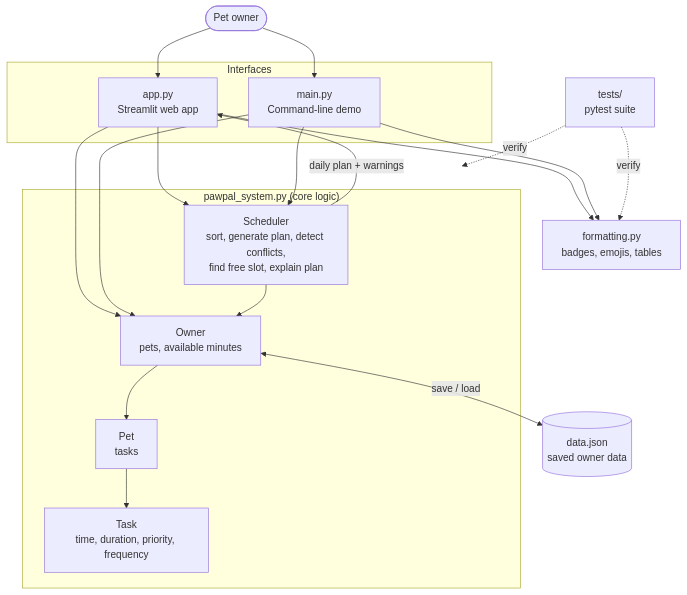
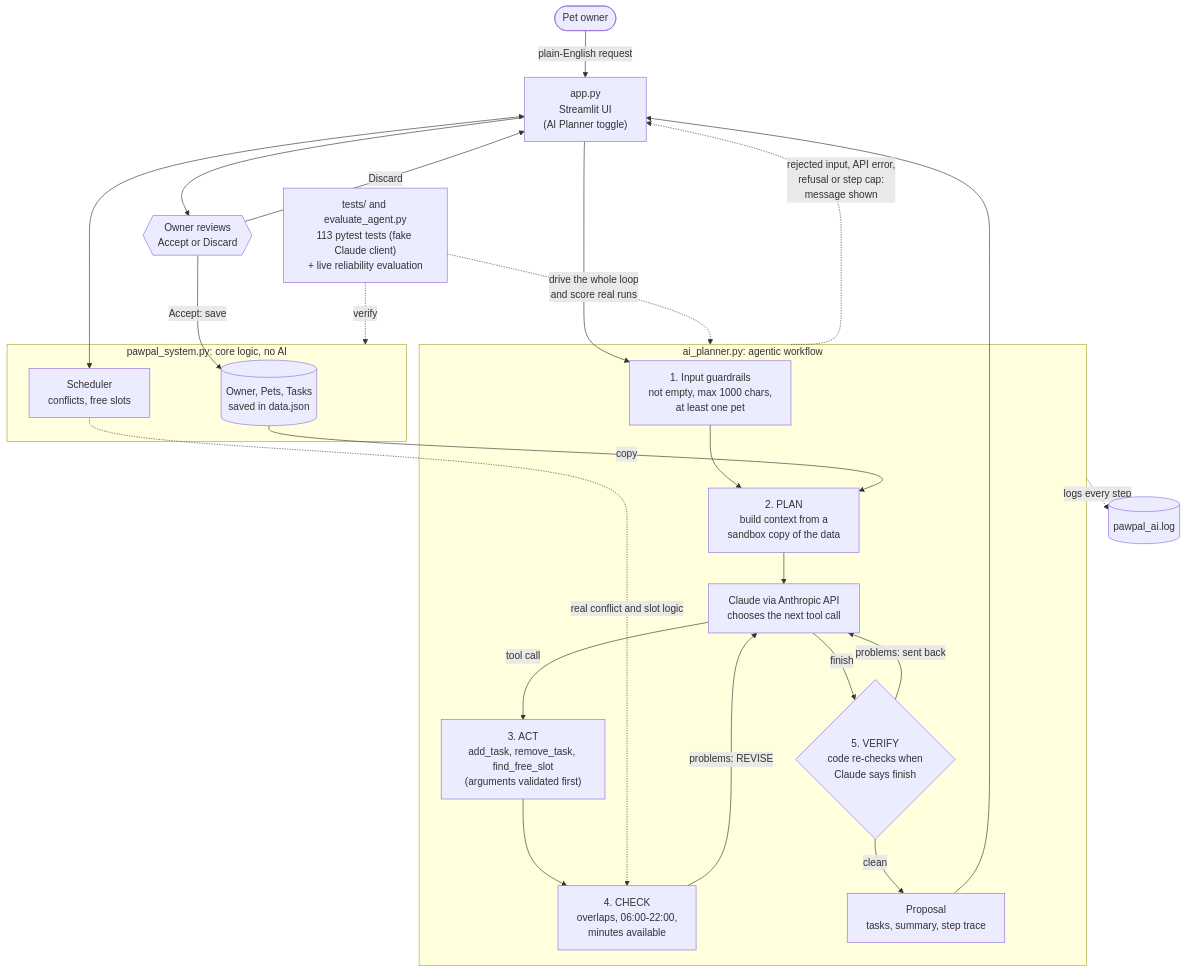
Before and after one commit to bior-m16/applied-ai-system-project: the diagram in diagrams/architecture.mmd, drawn with Mermaid. The commit also changed 15 other files, not shown here.

First line of the commit message:
feat: add agentic AI planner with guardrails, evaluation harness and docs

```diff
--- a/diagrams/architecture.mmd
+++ b/diagrams/architecture.mmd
@@ -1,36 +1,53 @@
 flowchart TD
-    %% PawPal+ system architecture (starting point for the applied AI final project).
-    %% This shows the system as inherited from Module 2. Update it once the AI feature is designed.
+    %% PawPal+ architecture with the AI planning agent.
+    %% Solid arrows = data flow. Dotted arrows = checking, logging and testing.
+    %% The hexagon is the human decision point.
 
     User([Pet owner])
+    App["app.py<br/>Streamlit UI<br/>(AI Planner toggle)"]
 
-    subgraph UI["Interfaces"]
-        App["app.py<br/>Streamlit web app"]
-        CLI["main.py<br/>Command-line demo"]
+    subgraph Core["pawpal_system.py: core logic, no AI"]
+        Owner[("Owner, Pets, Tasks<br/>saved in data.json")]
+        Scheduler["Scheduler<br/>conflicts, free slots"]
     end
 
-    subgraph Core["pawpal_system.py (core logic)"]
-        Owner["Owner<br/>pets, available minutes"]
-        Pet["Pet<br/>tasks"]
-        Task["Task<br/>time, duration, priority, frequency"]
-        Scheduler["Scheduler<br/>sort, generate plan, detect conflicts,<br/>find free slot, explain plan"]
+    subgraph Agent["ai_planner.py: agentic workflow"]
+        Input["1. Input guardrails<br/>not empty, max 1000 chars,<br/>at least one pet"]
+        Context["2. PLAN<br/>build context from a<br/>sandbox copy of the data"]
+        Claude["Claude via Anthropic API<br/>chooses the next tool call"]
+        Tools["3. ACT<br/>add_task, remove_task, find_free_slot<br/>(arguments validated first)"]
+        Check["4. CHECK<br/>overlaps, 06:00-22:00,<br/>minutes available"]
+        Verify{"5. VERIFY<br/>code re-checks when<br/>Claude says finish"}
+        Proposal["Proposal<br/>tasks, summary, step trace"]
     end
 
-    Fmt["formatting.py<br/>badges, emojis, tables"]
-    Store[("data.json<br/>saved owner data")]
-    Tests["tests/<br/>pytest suite"]
+    Human{{"Owner reviews<br/>Accept or Discard"}}
+    Log[("pawpal_ai.log")]
+    Tests["tests/ and evaluate_agent.py<br/>113 pytest tests (fake Claude client)<br/>+ live reliability evaluation"]
 
-    User --> App
-    User --> CLI
-    App --> Owner
-    CLI --> Owner
-    Owner --> Pet --> Task
-    App --> Scheduler
-    CLI --> Scheduler
-    Scheduler --> Owner
-    Scheduler -->|"daily plan + warnings"| App
-    App --> Fmt
-    CLI --> Fmt
-    Owner <-->|"save / load"| Store
+    %% Input -> process -> output
+    User -->|"plain-English request"| App
+    App --> Input
+    Input --> Context
+    Owner -->|"copy"| Context
+    Context --> Claude
+    Claude -->|"tool call"| Tools
+    Tools --> Check
+    Check -->|"problems: REVISE"| Claude
+    Claude -->|"finish"| Verify
+    Verify -->|"problems: sent back"| Claude
+    Verify -->|"clean"| Proposal
+    Proposal --> App
+    App --> Human
+    Human -->|"Accept: save"| Owner
+    Human -->|"Discard"| App
+
+    %% Normal app use and error paths
+    App <--> Scheduler
+    Scheduler -.->|"real conflict and slot logic"| Check
+    Agent -.->|"rejected input, API error,<br/>refusal or step cap:<br/>message shown"| App
+
+    %% Logging and testing
+    Agent -.->|"logs every step"| Log
     Tests -.->|"verify"| Core
-    Tests -.->|"verify"| Fmt
+    Tests -.->|"drive the whole loop<br/>and score real runs"| Agent
```
